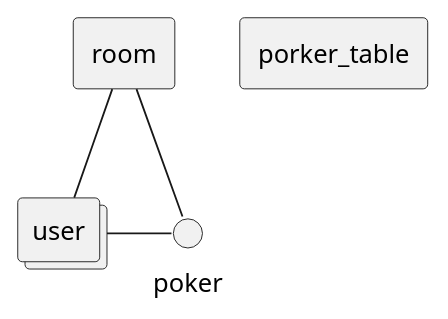
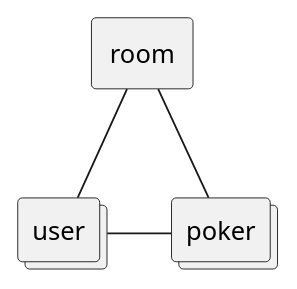
One commit to yuizho/salon changed the diagram in doc/product/data.puml. Above: the diagram before and after it, drawn with PlantUML.

```diff
--- a/doc/product/data.puml
+++ b/doc/product/data.puml
@@ -1,9 +1,9 @@
 @startuml
-rectangle room
+agent room
 collections user
-rectangle porker_table
+collections poker
 
 room -- poker
 room -- user
 user - poker
 @enduml
```
